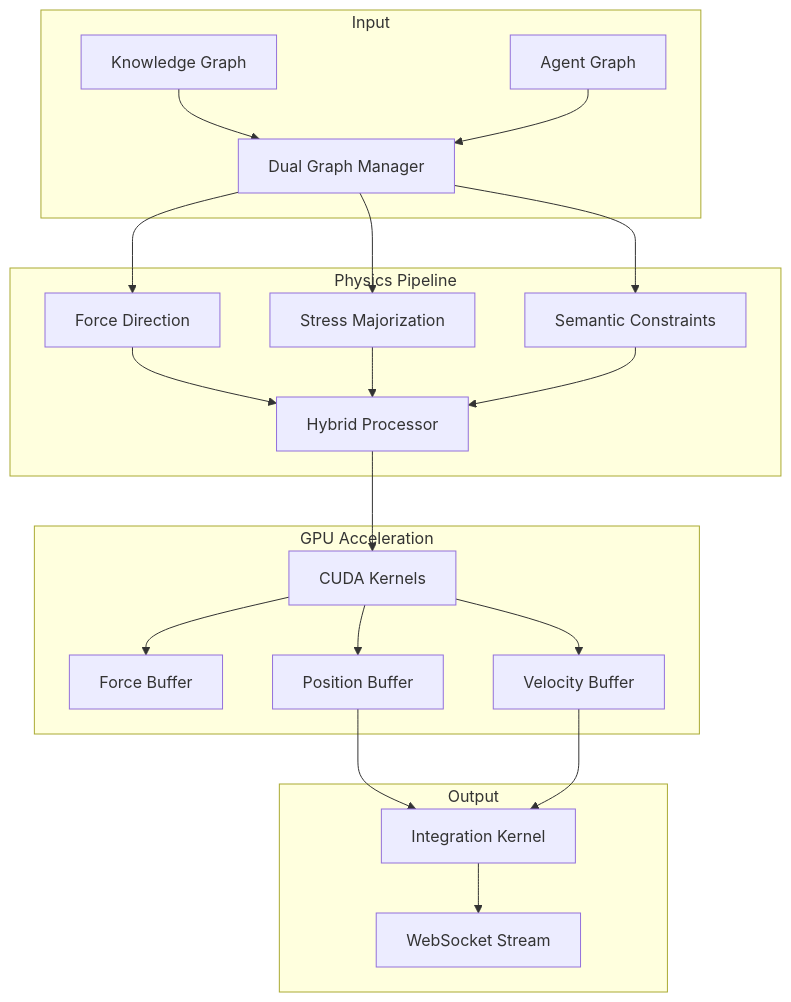
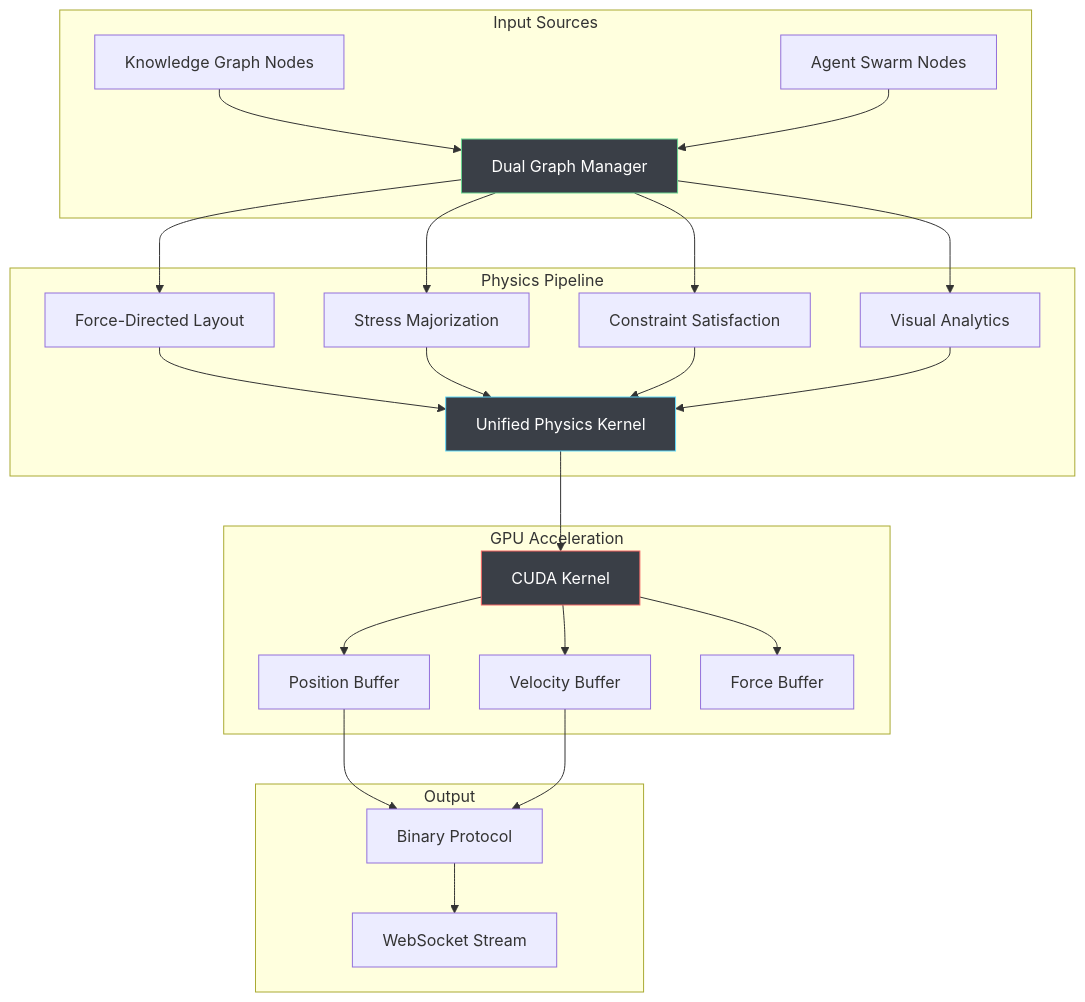
Before and after one commit to DreamLab-AI/VisionFlow: the diagram in docs/server/physics-engine.md, drawn with Mermaid. The commit also changed other lines of this file and 22 other files, not shown here.

````diff
--- a/docs/server/physics-engine.md
+++ b/docs/server/physics-engine.md
@@ -9,30 +9,36 @@
 ```mermaid
 graph TB
-    subgraph "Input"
-        KG[Knowledge Graph] --> DG[Dual Graph Manager]
-        AG[Agent Graph] --> DG
+    subgraph "Input Sources"
+        KG[Knowledge Graph Nodes] --> DGM[Dual Graph Manager]
+        AS[Agent Swarm Nodes] --> DGM
     end
     
     subgraph "Physics Pipeline"
-        DG --> FD[Force Direction]
-        DG --> SM[Stress Majorization]
-        DG --> SC[Semantic Constraints]
+        DGM --> FD[Force-Directed Layout]
+        DGM --> SM[Stress Majorization]
+        DGM --> CS[Constraint Satisfaction]
+        DGM --> VA[Visual Analytics]
         
-        FD --> HP[Hybrid Processor]
-        SM --> HP
-        SC --> HP
+        FD --> UP[Unified Physics Kernel]
+        SM --> UP
+        CS --> UP
+        VA --> UP
     end
     
     subgraph "GPU Acceleration"
-        HP --> CK[CUDA Kernels]
-        CK --> FB[Force Buffer]
-        CK --> PB[Position Buffer]
-        CK --> VB[Velocity Buffer]
+        UP --> CK[CUDA Kernel]
+        CK --> POS[Position Buffer]
+        CK --> VEL[Velocity Buffer]
+        CK --> FORCE[Force Buffer]
     end
     
     subgraph "Output"
-        PB --> IK[Integration Kernel]
-        VB --> IK
-        IK --> WS[WebSocket Stream]
+        POS --> BIN[Binary Protocol]
+        VEL --> BIN
+        BIN --> WS[WebSocket Stream]
     end
+    
+    style UP fill:#3A3F47,stroke:#61DAFB,color:#FFFFFF
+    style CK fill:#3A3F47,stroke:#F56565,color:#FFFFFF
+    style DGM fill:#3A3F47,stroke:#68D391,color:#FFFFFF
 ```
````
